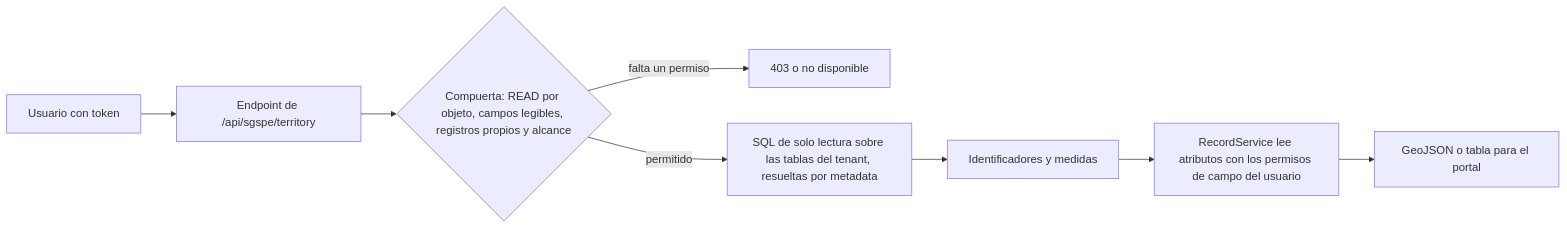
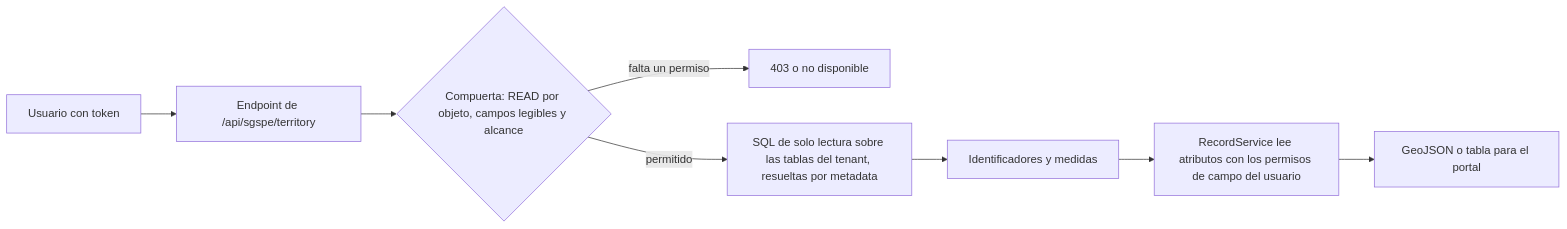
The third of 4 diagrams in docs/gis.md (wasichai/sgspe), drawn with Mermaid before and after one commit. The commit also changed other lines of this file and 19 other files, not shown here.

````diff
--- a/docs/gis.md
+++ b/docs/gis.md
@@ -411,10 +411,10 @@
 ```mermaid
 flowchart LR
     U["Usuario con token"] --> E["Endpoint de /api/sgspe/territory"]
-    E --> C{"Compuerta: READ por objeto, campos legibles, registros propios y alcance"}
+    E --> C{"Compuerta: READ por objeto, campos legibles y alcance"}
     C -->|"falta un permiso"| X["403 o no disponible"]
     C -->|"permitido"| S["SQL de solo lectura sobre las tablas del tenant, resueltas por metadata"]
     S --> I["Identificadores y medidas"]
     I --> R["RecordService lee atributos con los permisos de campo del usuario"]
     R --> J["GeoJSON o tabla para el portal"]
 ```
````
